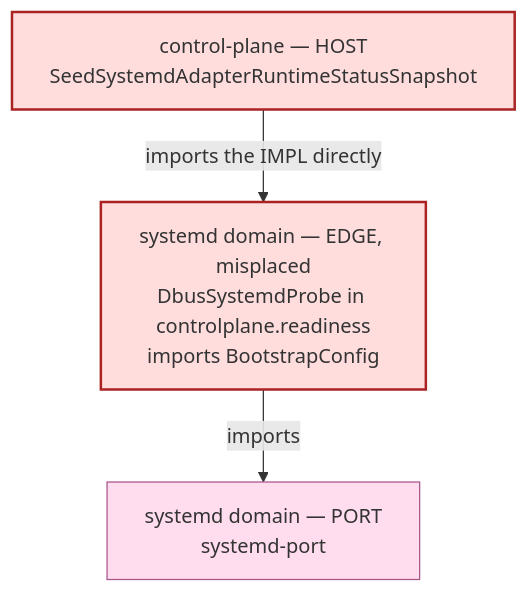
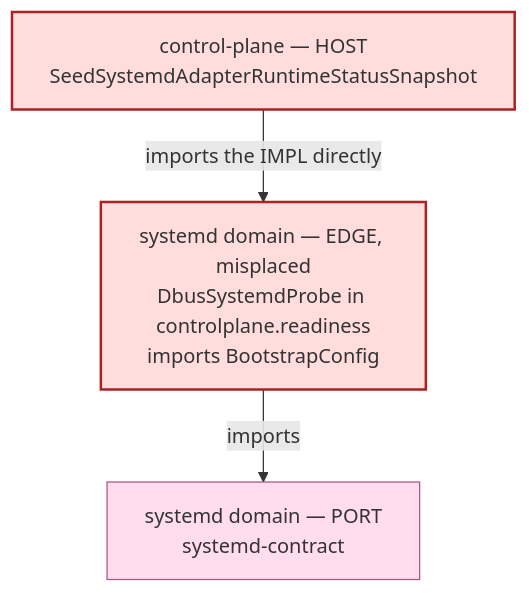
One commit to nxmatic/rke2lab changed the third of 13 diagrams in docs/architecture/osgi/dbus-systemd-edge-spec.adoc. Above: the diagram before and after it, drawn with Mermaid. The commit also changed other lines of this file and 25 other files, not shown here.

```diff
--- a/docs/architecture/osgi/dbus-systemd-edge-spec.adoc
+++ b/docs/architecture/osgi/dbus-systemd-edge-spec.adoc
@@ -115,13 +115,13 @@
 [mermaid]
 ....
 flowchart TB
   host["control-plane — HOST<br/>SeedSystemdAdapterRuntimeStatusSnapshot"]
   probe["systemd domain — EDGE, misplaced<br/>DbusSystemdProbe in controlplane.readiness<br/>imports BootstrapConfig"]
-  sport["systemd domain — PORT<br/>systemd-port"]
+  sport["systemd domain — PORT<br/>systemd-contract"]
   host -->|imports the IMPL directly| probe
   probe -->|imports| sport
   classDef bad fill:#fdd,stroke:#a22,stroke-width:2px;
   classDef ok fill:#fde,stroke:#a58,stroke-width:1px;
   class host,probe bad;
   class sport ok;
 ....
```
